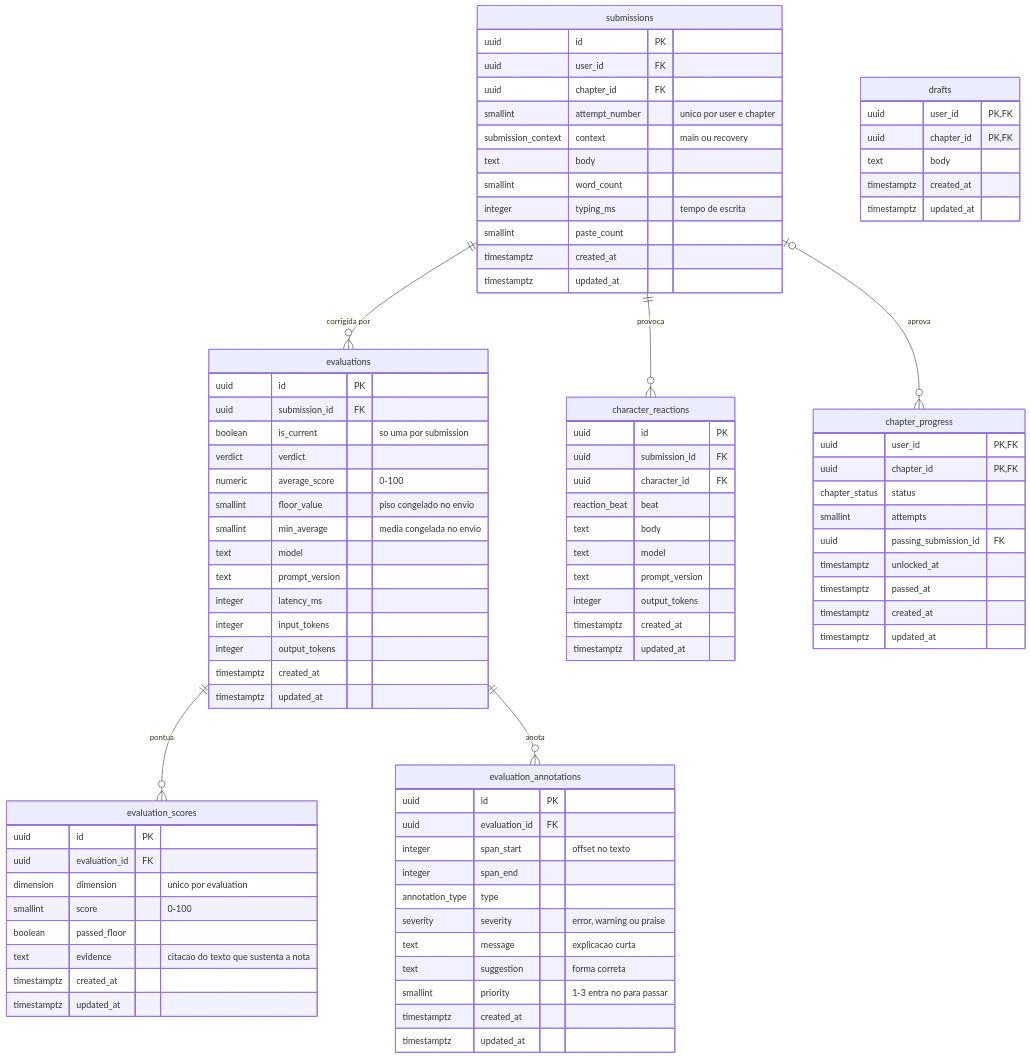
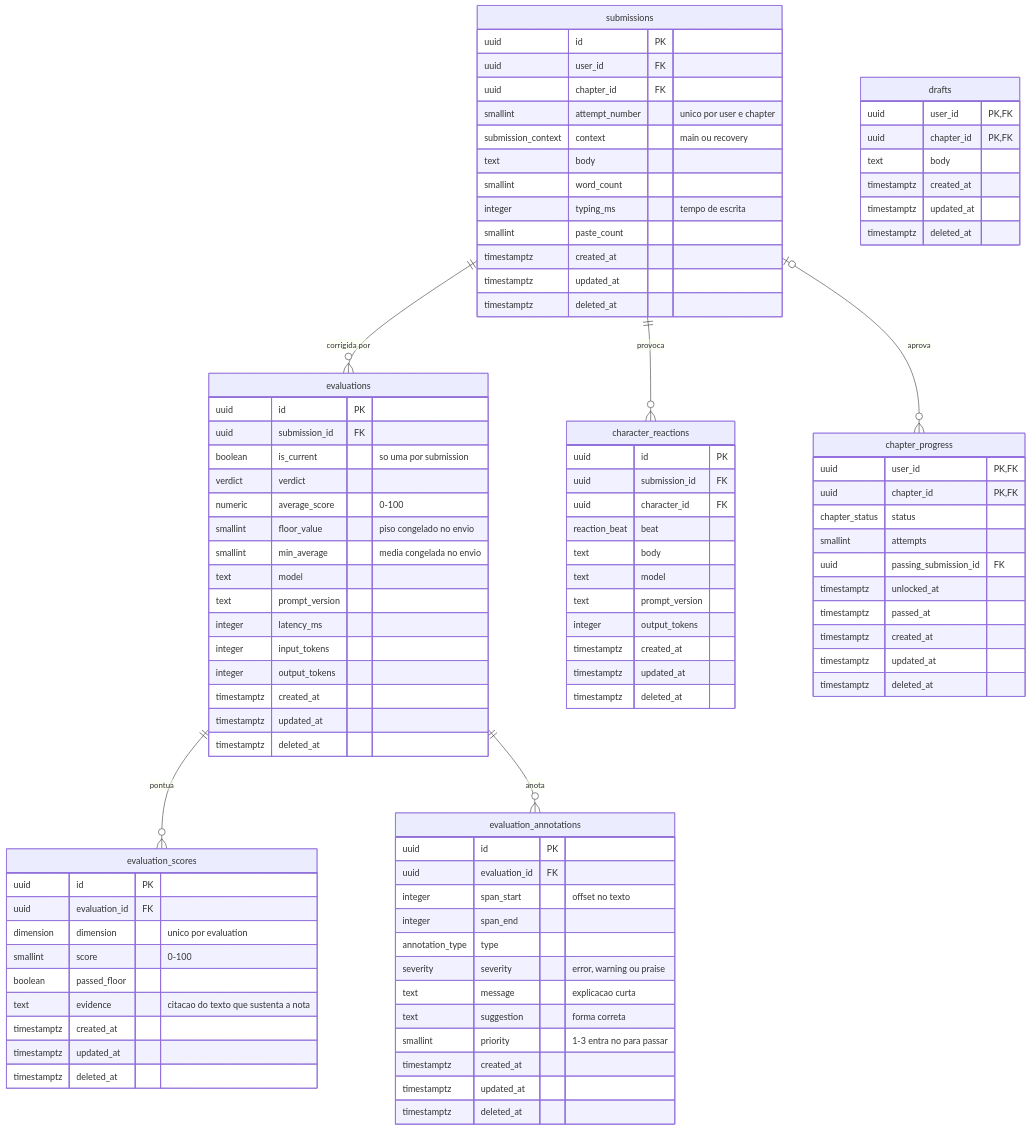
The fourth of 5 diagrams in docs/DER.md (kaualimadesouza/argumenta-api), drawn with Mermaid before and after one commit. The commit also changed other lines of this file, not shown here.

Commit message:
docs: DER v0.5 - universal soft delete, partial uniques on deleted_at

```diff
--- a/docs/DER.md
+++ b/docs/DER.md
@@ -219,6 +234,7 @@
     smallint paste_count
     timestamptz created_at
     timestamptz updated_at
+    timestamptz deleted_at
   }
   evaluations {
     uuid id PK
@@ -235,6 +251,7 @@
     integer output_tokens
     timestamptz created_at
     timestamptz updated_at
+    timestamptz deleted_at
   }
   evaluation_scores {
     uuid id PK
@@ -245,6 +262,7 @@
     text evidence "citacao do texto que sustenta a nota"
     timestamptz created_at
     timestamptz updated_at
+    timestamptz deleted_at
   }
   evaluation_annotations {
     uuid id PK
@@ -258,6 +276,7 @@
     smallint priority "1-3 entra no para passar"
     timestamptz created_at
     timestamptz updated_at
+    timestamptz deleted_at
   }
   character_reactions {
     uuid id PK
@@ -270,6 +289,7 @@
     integer output_tokens
     timestamptz created_at
     timestamptz updated_at
+    timestamptz deleted_at
   }
   chapter_progress {
     uuid user_id PK,FK
@@ -281,6 +301,7 @@
     timestamptz passed_at
     timestamptz created_at
     timestamptz updated_at
+    timestamptz deleted_at
   }
   drafts {
     uuid user_id PK,FK
@@ -288,6 +309,7 @@
     text body
     timestamptz created_at
     timestamptz updated_at
+    timestamptz deleted_at
   }
   submissions ||--o{ evaluations : "corrigida por"
   evaluations ||--o{ evaluation_scores : "pontua"
```
